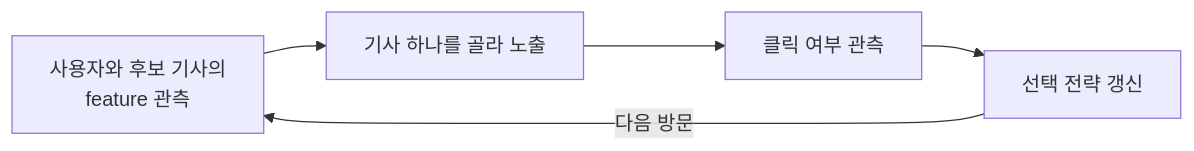
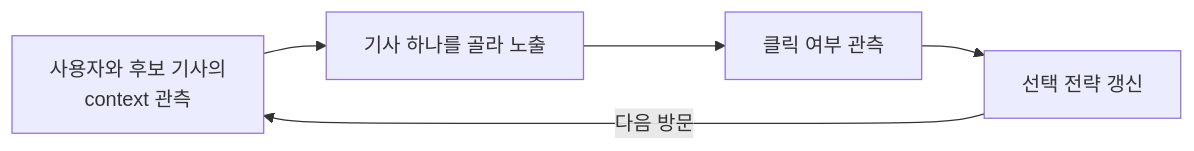
The first of 3 diagrams in content/papers/bandit/A Contextual-Bandit Approach to Personalized News Article Recommendation.md (zzong2006/zzong2006.github.io), drawn with Mermaid before and after one commit. The commit also changed other lines of this file, not shown here.

````diff
--- a/content/papers/bandit/A Contextual-Bandit Approach to Personalized News Article Recommendation.md
+++ b/content/papers/bandit/A Contextual-Bandit Approach to Personalized News Article Recommendation.md
@@ -62,7 +88,7 @@
 ```mermaid
 flowchart LR
-    O["사용자와 후보 기사의<br/>feature 관측"] --> C["기사 하나를 골라 노출"]
+    O["사용자와 후보 기사의<br/>context 관측"] --> C["기사 하나를 골라 노출"]
     C --> R["클릭 여부 관측"]
     R --> U["선택 전략 갱신"]
     U -- "다음 방문" --> O
 ```
````
